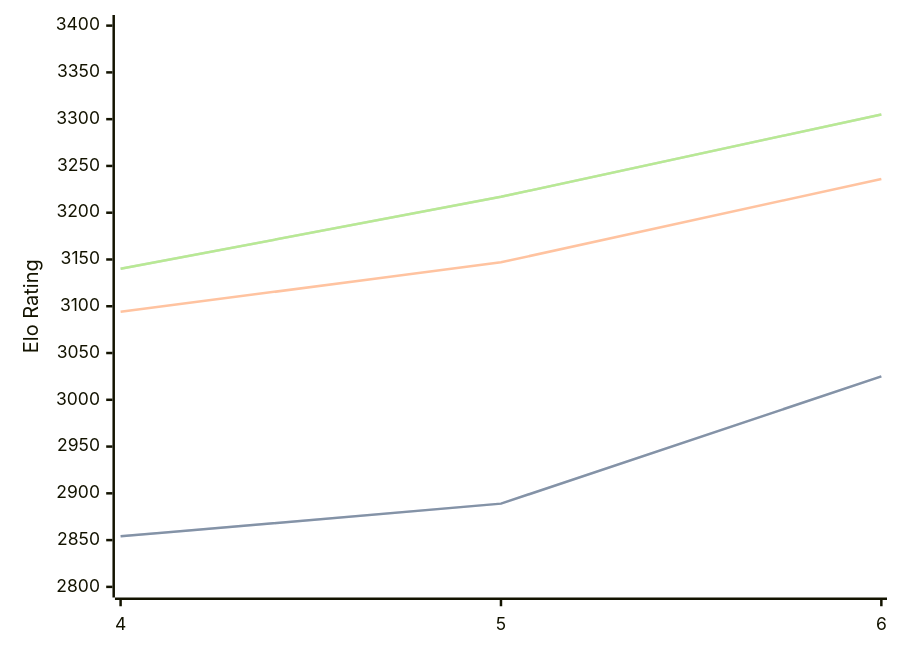
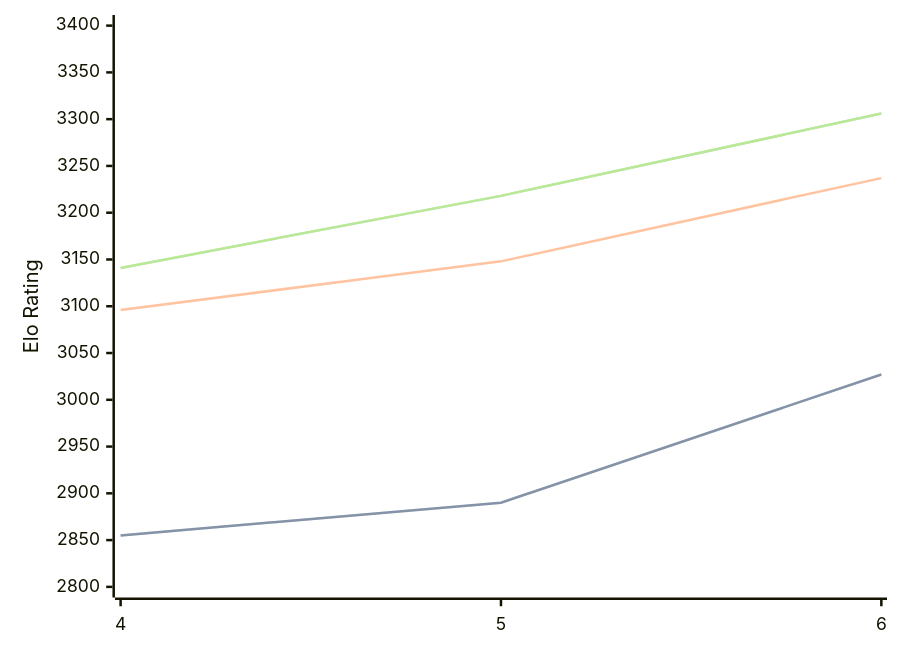
One commit to computer-chess-index/cci changed the diagram in engines/Cwtch.md. Above: the diagram before and after it, drawn with Mermaid. The commit also changed other lines of this file, not shown here.

Commit message:
Update CCI Ratings (ELO VLTC) - 2026-10-09

````diff
--- a/engines/Cwtch.md
+++ b/engines/Cwtch.md
@@ -34,11 +34,11 @@
 ```mermaid
 %%{init: {"theme":"base","themeVariables":{"seriesColors:['#a3a3a3','#222221','#faa371']}}}%%
 xychart-beta
   x-axis ["4", "5", "6"]
   y-axis "Elo Rating" 2800 --> 3400
-  line "" [2854, 2889, 3025]
-  line "STC (8.0+0.08s)" [2854, 2889, 3025]
-  line "LTC (60.0+0.60s)" [3094, 3147, 3236]
-  line "" [3140, 3217, 3305]
-  line "VLTC (2m24s+1.12s)" [3140, 3217, 3305]
+  line "" [2855, 2890, 3027]
+  line "STC (8.0+0.08s)" [2855, 2890, 3027]
+  line "LTC (60.0+0.60s)" [3096, 3148, 3237]
+  line "" [3141, 3218, 3306]
+  line "VLTC (2m24s+1.12s)" [3141, 3218, 3306]
 ```
````
